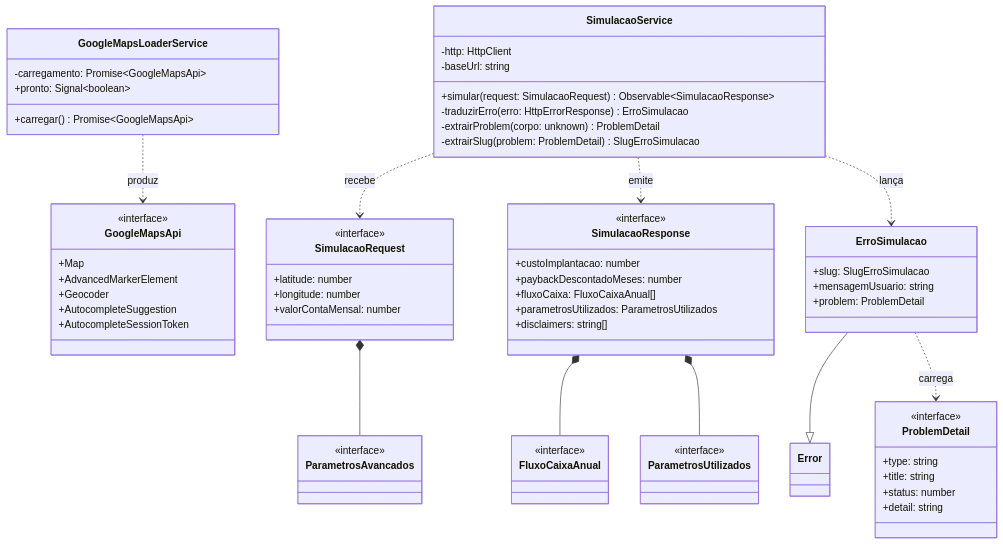
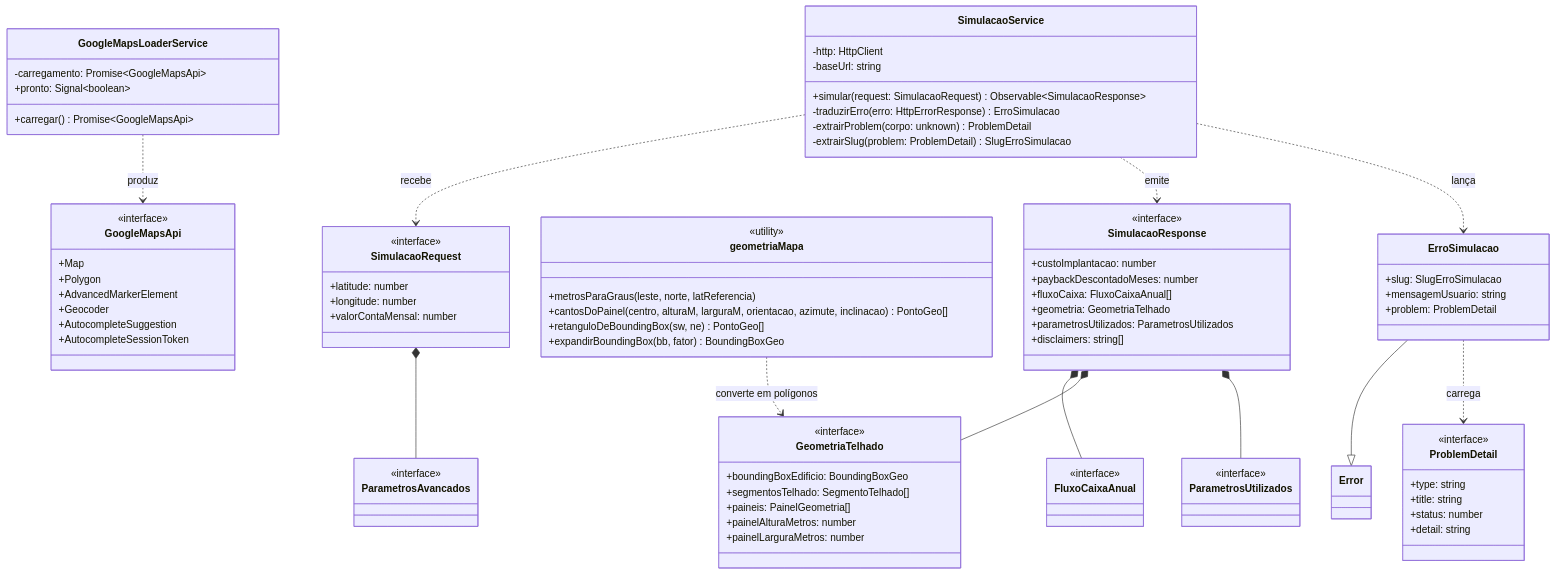
One commit to caruazu/curazi-gui changed the third of 5 diagrams in ABOUT.md. Above: the diagram before and after it, drawn with Mermaid. The commit also changed other lines of this file and 12 other files, not shown here.

```diff
--- a/ABOUT.md
+++ b/ABOUT.md
@@ -155,10 +160,18 @@
     class GoogleMapsApi {
         <<interface>>
         +Map
+        +Polygon
         +AdvancedMarkerElement
         +Geocoder
         +AutocompleteSuggestion
         +AutocompleteSessionToken
+    }
+    class geometriaMapa {
+        <<utility>>
+        +metrosParaGraus(leste, norte, latReferencia)
+        +cantosDoPainel(centro, alturaM, larguraM, orientacao, azimute, inclinacao) PontoGeo[]
+        +retanguloDeBoundingBox(sw, ne) PontoGeo[]
+        +expandirBoundingBox(bb, fator) BoundingBoxGeo
     }
     class SimulacaoRequest {
         <<interface>>
@@ -171,8 +184,17 @@
         +custoImplantacao: number
         +paybackDescontadoMeses: number
         +fluxoCaixa: FluxoCaixaAnual[]
+        +geometria: GeometriaTelhado
         +parametrosUtilizados: ParametrosUtilizados
         +disclaimers: string[]
+    }
+    class GeometriaTelhado {
+        <<interface>>
+        +boundingBoxEdificio: BoundingBoxGeo
+        +segmentosTelhado: SegmentoTelhado[]
+        +paineis: PainelGeometria[]
+        +painelAlturaMetros: number
+        +painelLarguraMetros: number
     }
     class ParametrosAvancados {
         <<interface>>
@@ -194,7 +216,9 @@
     ErroSimulacao --|> Error
     SimulacaoRequest *-- ParametrosAvancados
     SimulacaoResponse *-- FluxoCaixaAnual
+    SimulacaoResponse *-- GeometriaTelhado
     SimulacaoResponse *-- ParametrosUtilizados
+    geometriaMapa ..> GeometriaTelhado : converte em polígonos
     SimulacaoService ..> SimulacaoRequest : recebe
     SimulacaoService ..> SimulacaoResponse : emite
     SimulacaoService ..> ErroSimulacao : lança
```
